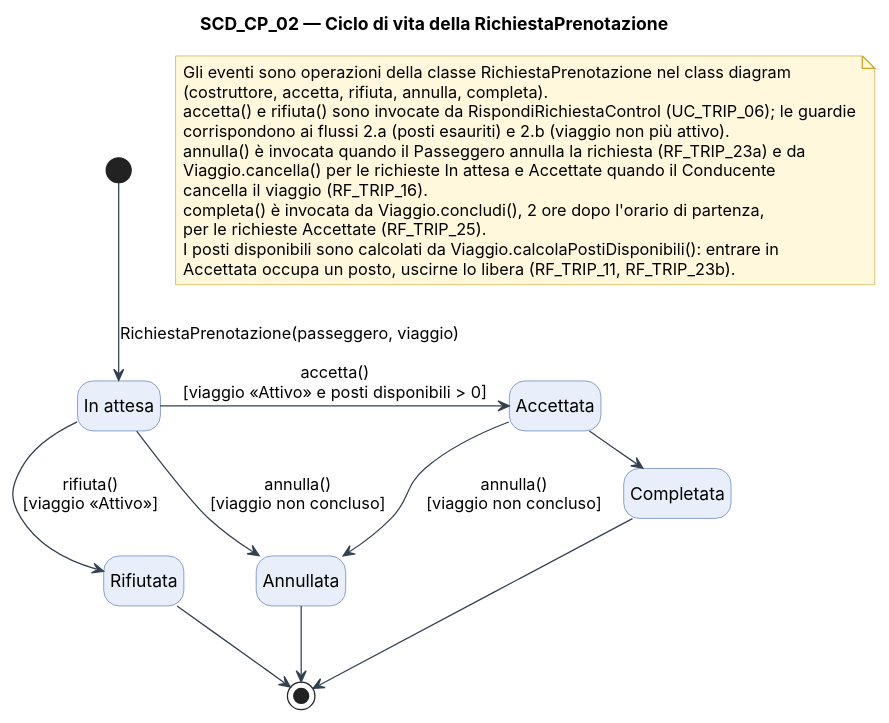
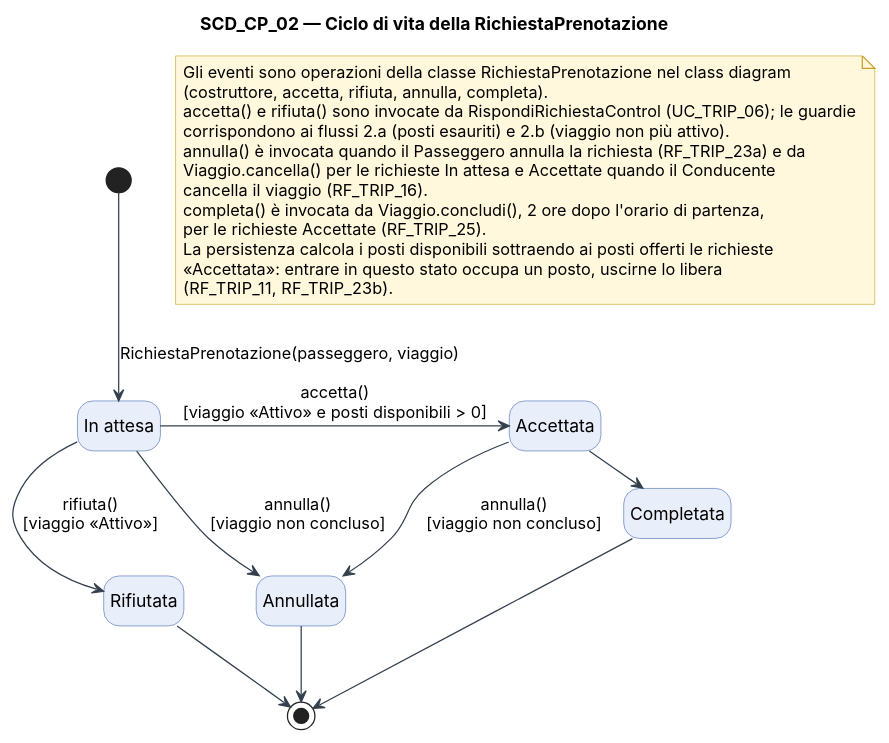
One commit to CarPool-C03/CarPool changed the diagram in docs/modelli/SCD_CP_02_Ciclo_vita_RichiestaPrenotazione.puml. Above: the diagram before and after it, drawn with PlantUML. The commit also changed 25 other files, not shown here.

```diff
--- a/docs/modelli/SCD_CP_02_Ciclo_vita_RichiestaPrenotazione.puml
+++ b/docs/modelli/SCD_CP_02_Ciclo_vita_RichiestaPrenotazione.puml
@@ -1,47 +1,48 @@
 @startuml SCD_CP_02
 ' SCD_CP_02 — Ciclo di vita della RichiestaPrenotazione
 ' Autori: Roberto Rega, Michele Vitiello
 skinparam shadowing false
 skinparam defaultFontName Inter
 skinparam state {
   BackgroundColor #E8EEFA
   BorderColor #4A6FB5
   ArrowColor #34404E
 }
 skinparam note {
   BackgroundColor #FFF8DC
   BorderColor #C9A227
 }
 hide empty description
 title SCD_CP_02 — Ciclo di vita della RichiestaPrenotazione
 
 state "In attesa" as InAttesa
 state "Accettata" as Accettata
 state "Completata" as Completata
 state "Rifiutata" as Rifiutata
 state "Annullata" as Annullata
 
 [*] --> InAttesa : RichiestaPrenotazione(passeggero, viaggio)
 InAttesa -right-> Accettata : accetta()\n[viaggio «Attivo» e posti disponibili > 0]
 Accettata -right-> Completata : completa()
 InAttesa --> Rifiutata : rifiuta()\n[viaggio «Attivo»]
 InAttesa --> Annullata : annulla()\n[viaggio non concluso]
 Accettata --> Annullata : annulla()\n[viaggio non concluso]
 Completata --> [*]
 Rifiutata --> [*]
 Annullata --> [*]
 
 note as N1
   Gli eventi sono operazioni della classe RichiestaPrenotazione nel class diagram
   (costruttore, accetta, rifiuta, annulla, completa).
   accetta() e rifiuta() sono invocate da RispondiRichiestaControl (UC_TRIP_06); le guardie
   corrispondono ai flussi 2.a (posti esauriti) e 2.b (viaggio non più attivo).
   annulla() è invocata quando il Passeggero annulla la richiesta (RF_TRIP_23a) e da
   Viaggio.cancella() per le richieste In attesa e Accettate quando il Conducente
   cancella il viaggio (RF_TRIP_16).
   completa() è invocata da Viaggio.concludi(), 2 ore dopo l'orario di partenza,
   per le richieste Accettate (RF_TRIP_25).
-  I posti disponibili sono calcolati da Viaggio.calcolaPostiDisponibili(): entrare in
-  Accettata occupa un posto, uscirne lo libera (RF_TRIP_11, RF_TRIP_23b).
+  La persistenza calcola i posti disponibili sottraendo ai posti offerti le richieste
+  «Accettata»: entrare in questo stato occupa un posto, uscirne lo libera
+  (RF_TRIP_11, RF_TRIP_23b).
 end note
 @enduml
```
